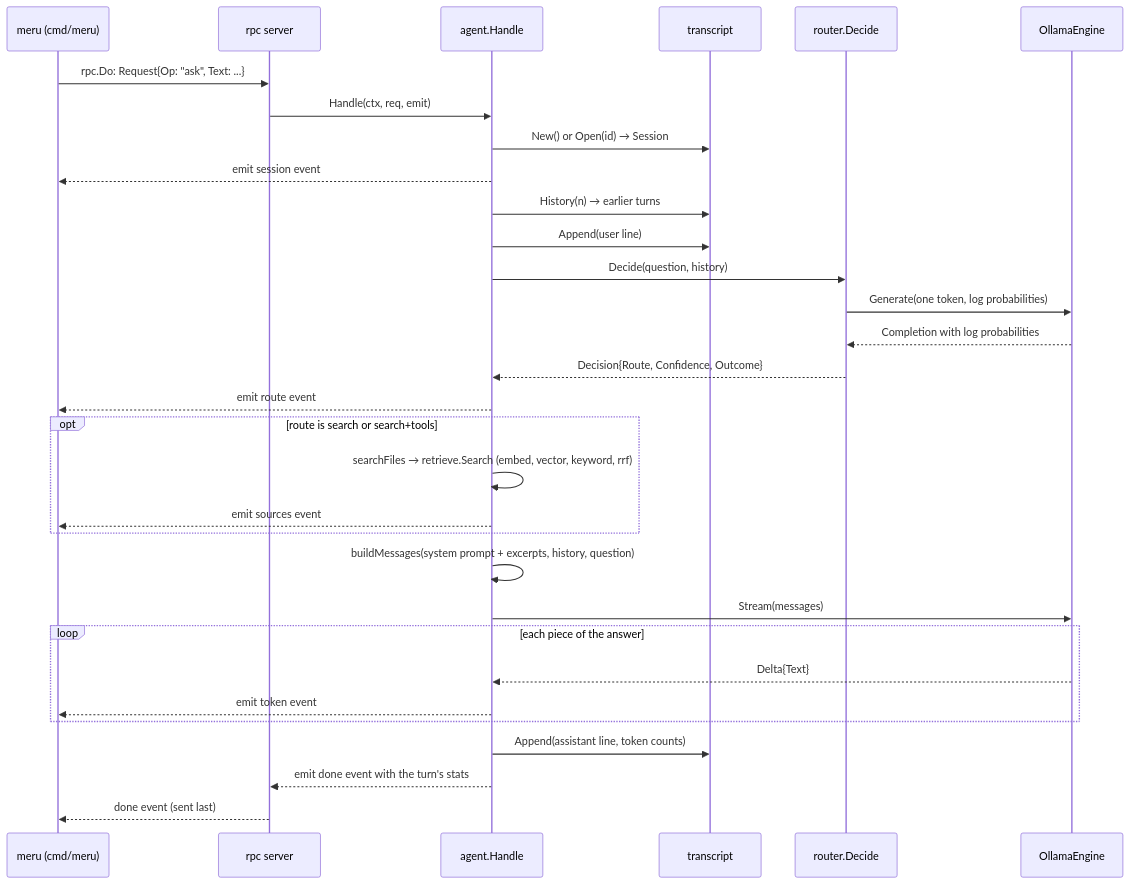
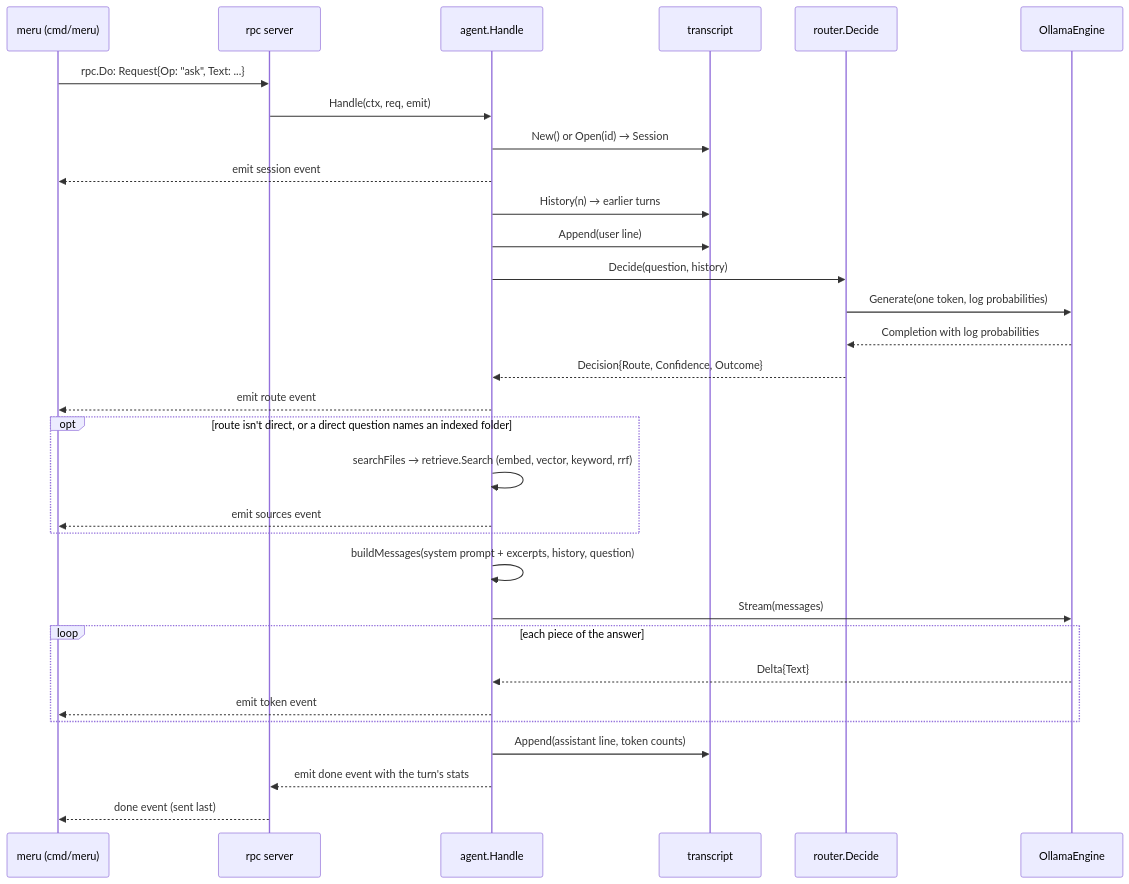
The third of 3 diagrams in docs/lld.md (aarora79/meru), drawn with Mermaid before and after one commit. The commit also changed other lines of this file and 21 other files, not shown here.

First line of the commit message:
Route questions about your own folders to search

````diff
--- a/docs/lld.md
+++ b/docs/lld.md
@@ -290,34 +297,34 @@
 ```mermaid
 sequenceDiagram
     participant U as meru (cmd/meru)
     participant S as rpc server
     participant A as agent.Handle
     participant T as transcript
     participant RT as router.Decide
     participant E as OllamaEngine
 
     U->>S: rpc.Do: Request{Op: "ask", Text: ...}
     S->>A: Handle(ctx, req, emit)
     A->>T: New() or Open(id) → Session
     A-->>U: emit session event
     A->>T: History(n) → earlier turns
     A->>T: Append(user line)
     A->>RT: Decide(question, history)
     RT->>E: Generate(one token, log probabilities)
     E-->>RT: Completion with log probabilities
     RT-->>A: Decision{Route, Confidence, Outcome}
     A-->>U: emit route event
-    opt route is search or search+tools
+    opt route isn't direct, or a direct question names an indexed folder
         A->>A: searchFiles → retrieve.Search (embed, vector, keyword, rrf)
         A-->>U: emit sources event
     end
     A->>A: buildMessages(system prompt + excerpts, history, question)
     A->>E: Stream(messages)
     loop each piece of the answer
         E-->>A: Delta{Text}
         A-->>U: emit token event
     end
     A->>T: Append(assistant line, token counts)
     A-->>S: emit done event with the turn's stats
     S-->>U: done event (sent last)
 ```
````
